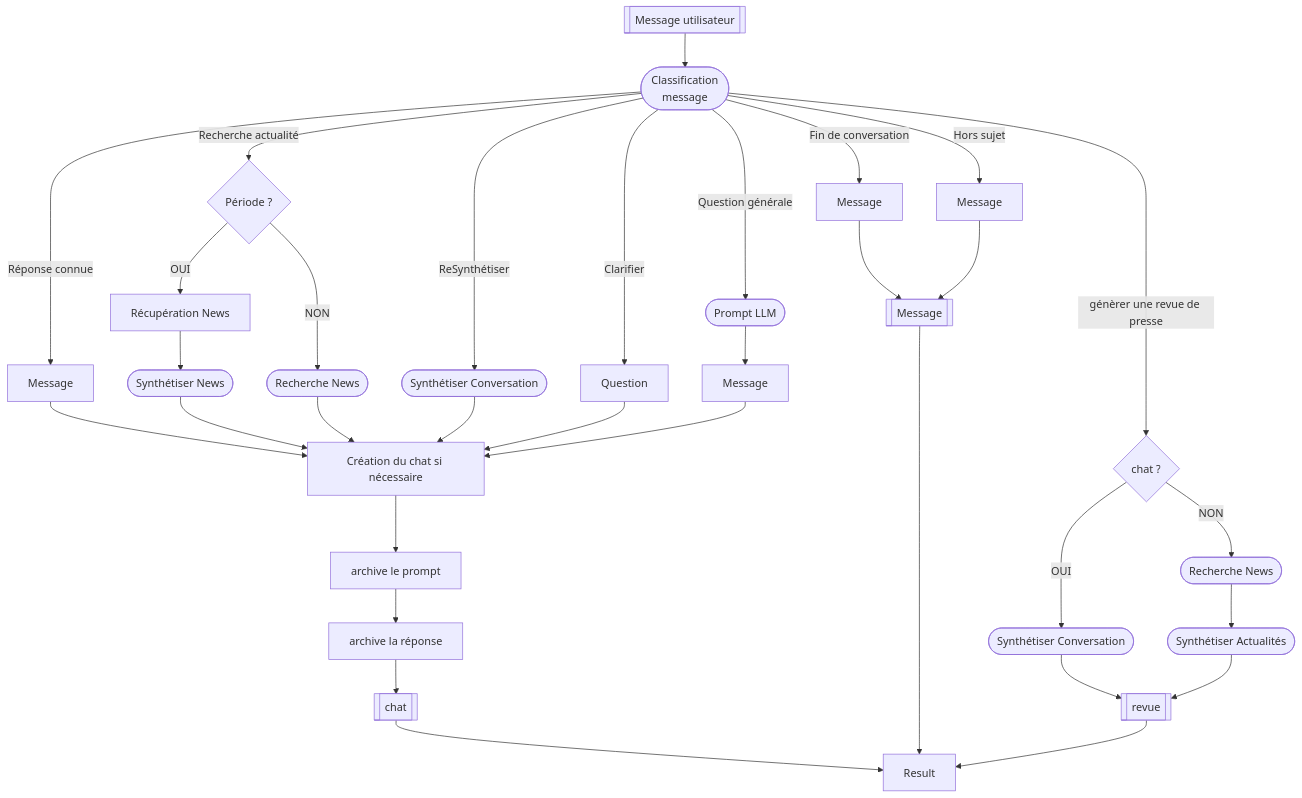
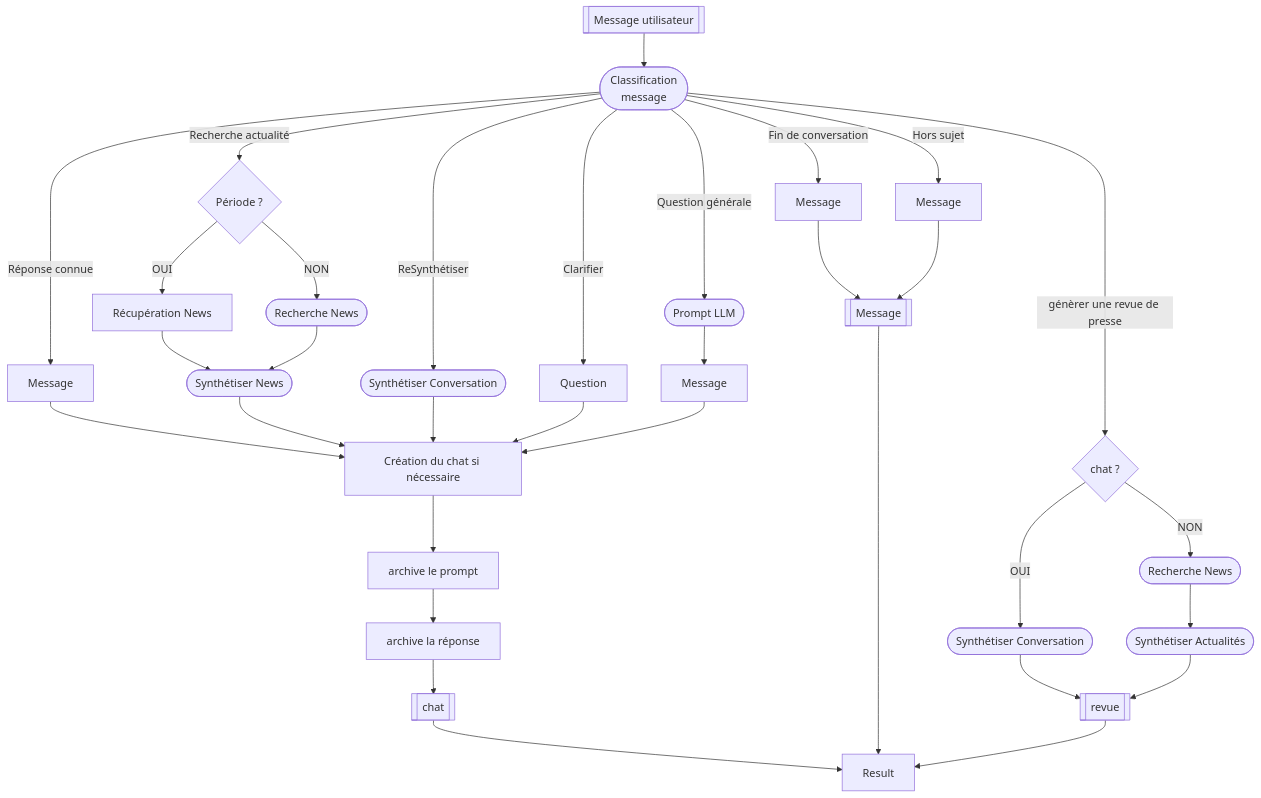
The second of 2 diagrams in DEV.md (Ace4teaM/OCR-NewsFoundry), drawn with Mermaid before and after one commit. The commit also changed other lines of this file and 2 other files, not shown here.

````diff
--- a/DEV.md
+++ b/DEV.md
@@ -161,25 +161,25 @@
 ```mermaid
 flowchart TD
     A[[Message utilisateur]] --> C([Classification\nmessage])
     
     C -->|Réponse connue| Q1[Message] --> Chat
 
     C -->|Recherche actualité| Q2{Période ?}
     Q2 -->|OUI| W[Récupération News] --> Y([Synthétiser News]) --> Chat[Création du chat si nécessaire]
-    Q2 -->|NON| X([Recherche News]) --> Chat
+    Q2 -->|NON| X([Recherche News]) --> Y
     Chat --> Save1[archive le prompt] --> Save2[archive la réponse] --> Response[[chat]] --> Z
     
     C -->|ReSynthétiser| Q3([Synthétiser Conversation]) --> Chat
     
     C -->|Clarifier| Q4[Question] --> Chat
     
     C -->|Fin de conversation| Q5[Message] --> Message[[Message]] --> Z
     
     C -->|Hors sujet| Q7[Message] --> Message
     
     C -->|Question générale| Q6([Prompt LLM]) --> O[Message] --> Chat
     
     C -->|génèrer une revue de presse| Q8{chat ?}
     Q8 -->|OUI| MB([Synthétiser Conversation]) --> Revue
     Q8 -->|NON| MCC([Recherche News]) --> MC([Synthétiser Actualités]) --> Revue[[revue]] --> Z[Result]
 ```
````
